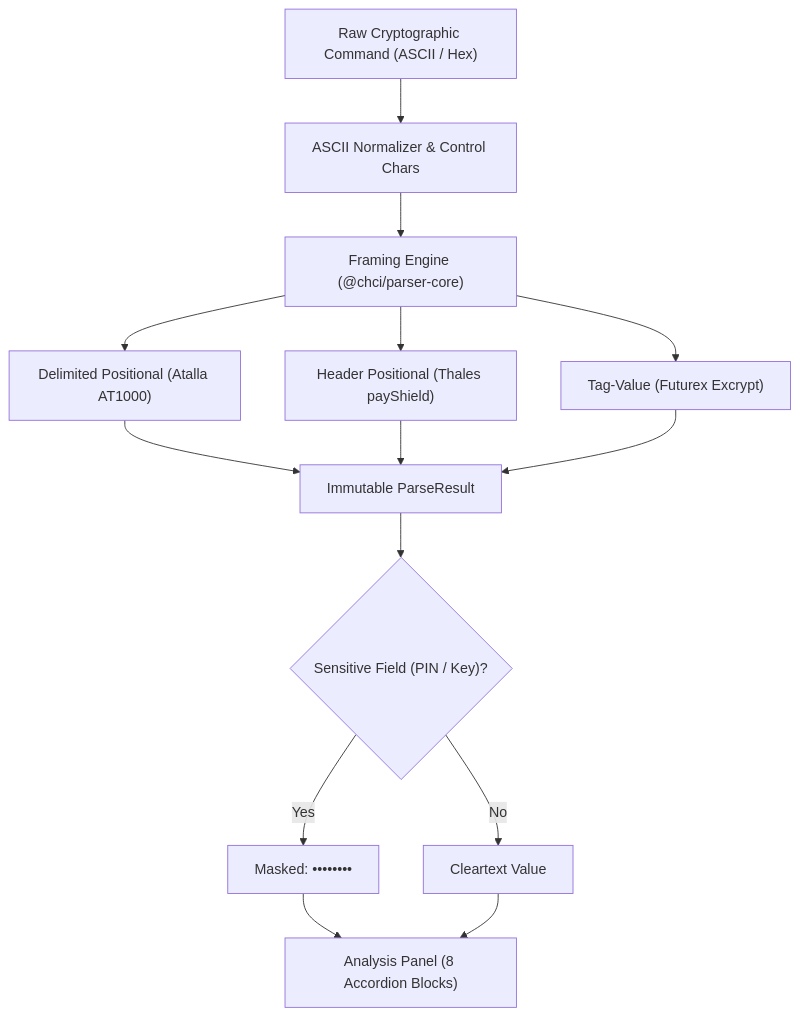
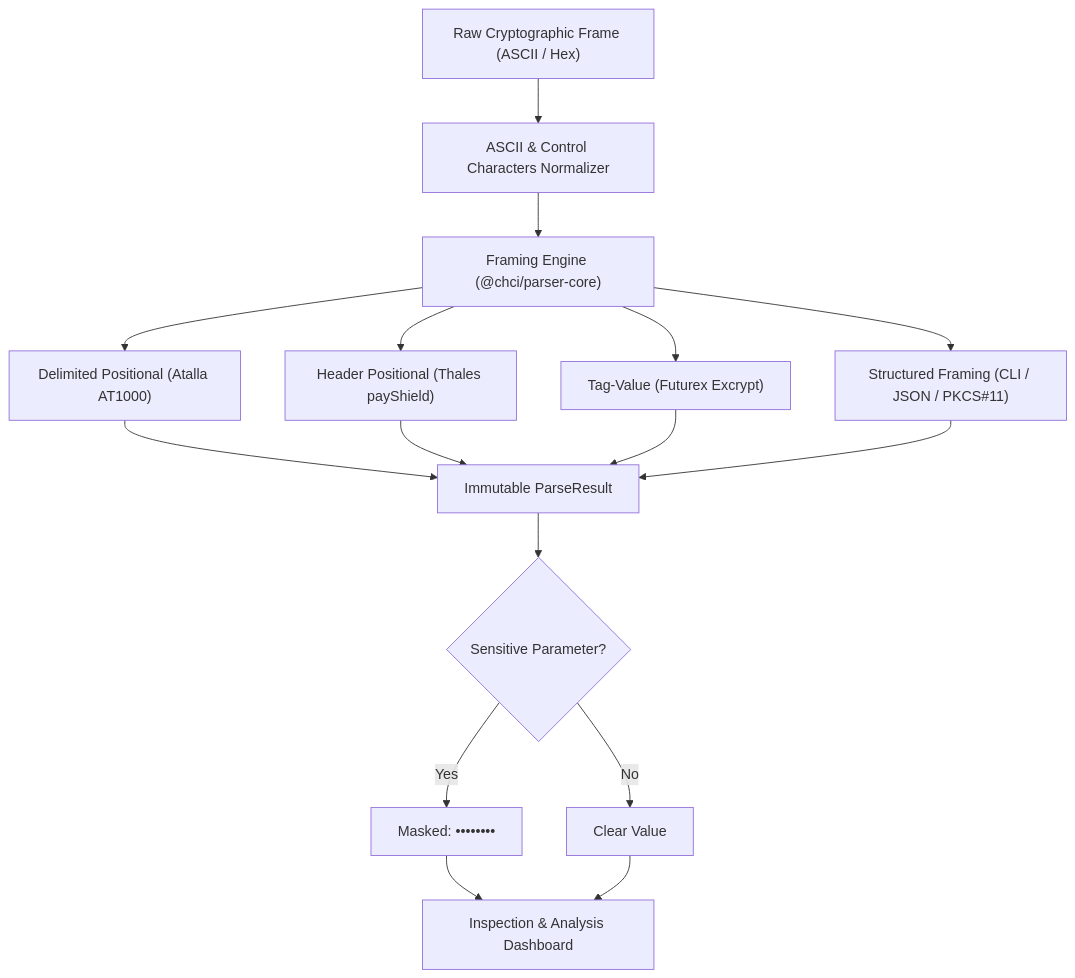
The first of 3 diagrams in docs/user-guide/en.md (NeverWe1come/Crypto-Hardware-Command-Inspector), drawn with Mermaid before and after one commit. The commit also changed other lines of this file and 23 other files, not shown here.

````diff
--- a/docs/user-guide/en.md
+++ b/docs/user-guide/en.md
@@ -23,16 +28,18 @@
 ```mermaid
 flowchart TD
-    Raw["Raw Cryptographic Command (ASCII / Hex)"] --> Norm["ASCII Normalizer & Control Chars"]
+    Raw["Raw Cryptographic Frame (ASCII / Hex)"] --> Norm["ASCII & Control Characters Normalizer"]
     Norm --> Engine["Framing Engine (@chci/parser-core)"]
     Engine --> Atalla["Delimited Positional (Atalla AT1000)"]
     Engine --> Thales["Header Positional (Thales payShield)"]
     Engine --> Futurex["Tag-Value (Futurex Excrypt)"]
-    Atalla --> ParseResult["Immutable ParseResult"]
-    Thales --> ParseResult
-    Futurex --> ParseResult
-    ParseResult --> Masking{"Sensitive Field (PIN / Key)?"}
+    Engine --> Structured["Structured Framing (CLI / JSON / PKCS#11)"]
+    Atalla --> Result["Immutable ParseResult"]
+    Thales --> Result
+    Futurex --> Result
+    Structured --> Result
+    Result --> Masking{"Sensitive Parameter?"}
     Masking -- Yes --> Mask["Masked: ••••••••"]
-    Masking -- No --> Clear["Cleartext Value"]
-    Mask --> UI["Analysis Panel (8 Accordion Blocks)"]
+    Masking -- No --> Clear["Clear Value"]
+    Mask --> UI["Inspection & Analysis Dashboard"]
     Clear --> UI
 ```
````
